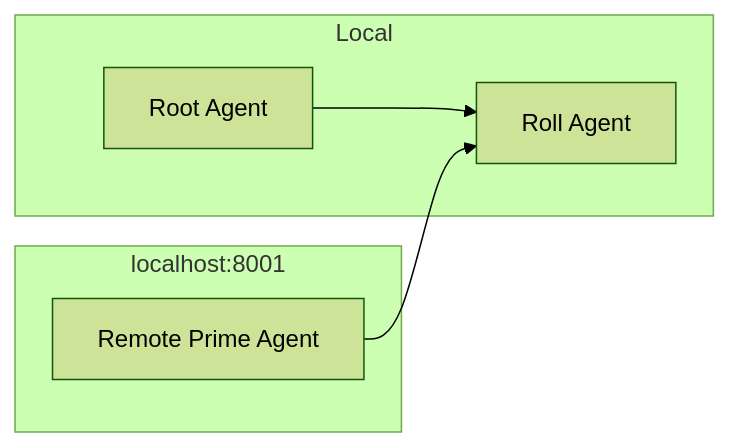
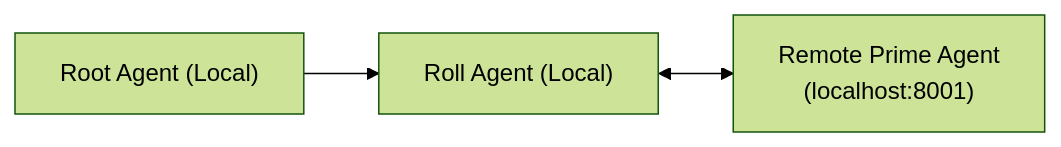
The diagram in samples/python/agents/adk_basic_multi_agent/README.md (a2aproject/a2a-samples), drawn with Mermaid (forest theme) before and after one commit. The commit also changed other lines of this file, not shown here.

Commit message:
Update diagram

````diff
--- a/samples/python/agents/adk_basic_multi_agent/README.md
+++ b/samples/python/agents/adk_basic_multi_agent/README.md
@@ -15,14 +15,5 @@
 ```mermaid
 graph LR
-    subgraph "Local"
-        Root_Agent[Root Agent]
-        Roll_Agent[Roll Agent]
-    end
-
-    subgraph "localhost:8001"
-        Remote_Prime_Agent[Remote Prime Agent]
-    end
-
-    Root_Agent --> Roll_Agent
-    Remote_Prime_Agent --> Roll_Agent
+    A["Root Agent (Local)"] --> B["Roll Agent (Local)"]
+    B <--> C["Remote Prime Agent<br/>(localhost:8001)"]
 ```
````
